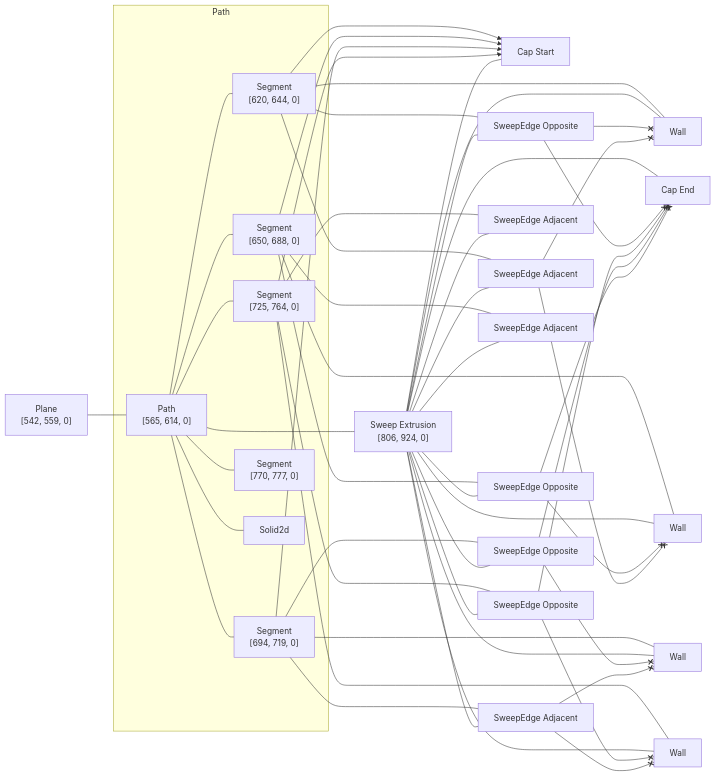
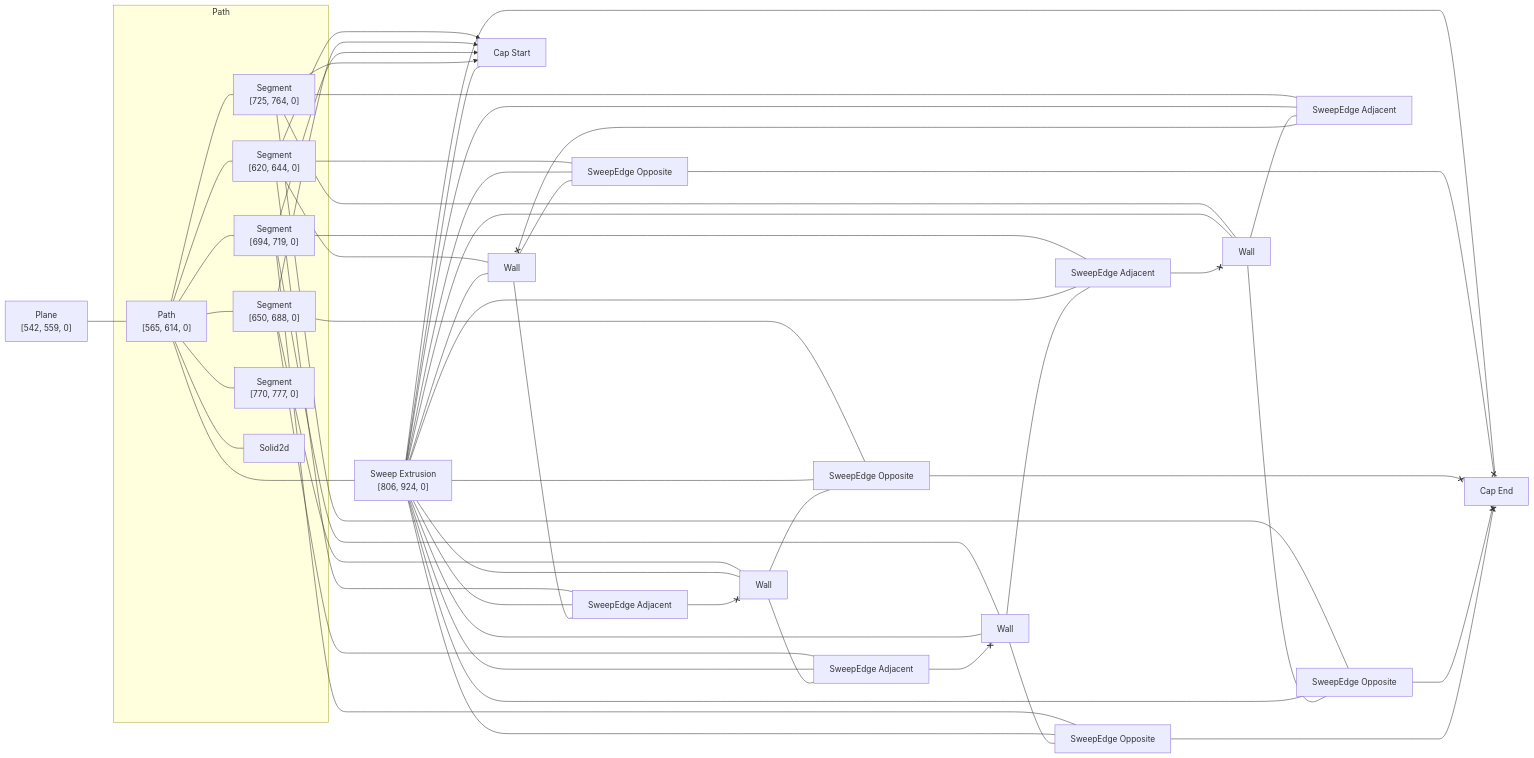
One commit to rajgandhi1/modeling-app changed the diagram in rust/kcl-lib/tests/panic_repro_cube/artifact_graph_flowchart.snap.md. Above: the diagram before and after it, drawn with Mermaid. The commit also changed 233 other files, not shown here.

````diff
--- a/rust/kcl-lib/tests/panic_repro_cube/artifact_graph_flowchart.snap.md
+++ b/rust/kcl-lib/tests/panic_repro_cube/artifact_graph_flowchart.snap.md
@@ -1,78 +1,82 @@
 ```mermaid
 flowchart LR
   subgraph path2 [Path]
     2["Path<br>[565, 614, 0]"]
     3["Segment<br>[620, 644, 0]"]
     4["Segment<br>[650, 688, 0]"]
     5["Segment<br>[694, 719, 0]"]
     6["Segment<br>[725, 764, 0]"]
     7["Segment<br>[770, 777, 0]"]
     8[Solid2d]
   end
   1["Plane<br>[542, 559, 0]"]
   9["Sweep Extrusion<br>[806, 924, 0]"]
   10[Wall]
   11[Wall]
   12[Wall]
   13[Wall]
   14["Cap Start"]
   15["Cap End"]
   16["SweepEdge Opposite"]
   17["SweepEdge Opposite"]
   18["SweepEdge Opposite"]
   19["SweepEdge Opposite"]
   20["SweepEdge Adjacent"]
   21["SweepEdge Adjacent"]
   22["SweepEdge Adjacent"]
   23["SweepEdge Adjacent"]
   1 --- 2
   2 --- 3
   2 --- 4
   2 --- 5
   2 --- 6
   2 --- 7
   2 --- 8
   2 ---- 9
   3 --- 13
   3 x--> 14
   3 --- 16
-  3 --- 23
+  3 --- 22
   4 --- 11
   4 x--> 14
-  4 --- 19
-  4 --- 22
+  4 --- 17
+  4 --- 20
   5 --- 10
   5 x--> 14
-  5 --- 18
+  5 --- 19
   5 --- 21
   6 --- 12
   6 x--> 14
-  6 --- 17
-  6 --- 20
+  6 --- 18
+  6 --- 23
   9 --- 10
   9 --- 11
   9 --- 12
   9 --- 13
   9 --- 14
   9 --- 15
   9 --- 16
   9 --- 17
   9 --- 18
   9 --- 19
   9 --- 20
   9 --- 21
   9 --- 22
   9 --- 23
-  18 <--x 10
-  21 <--x 10
-  19 <--x 11
-  23 <--x 11
-  17 <--x 12
+  10 --- 19
+  20 <--x 10
+  10 --- 21
+  11 --- 17
+  11 --- 20
+  22 <--x 11
+  12 --- 18
   21 <--x 12
-  16 <--x 13
+  12 --- 23
+  13 --- 16
+  13 --- 22
   23 <--x 13
   16 <--x 15
   17 <--x 15
   18 <--x 15
   19 <--x 15
 ```
````
